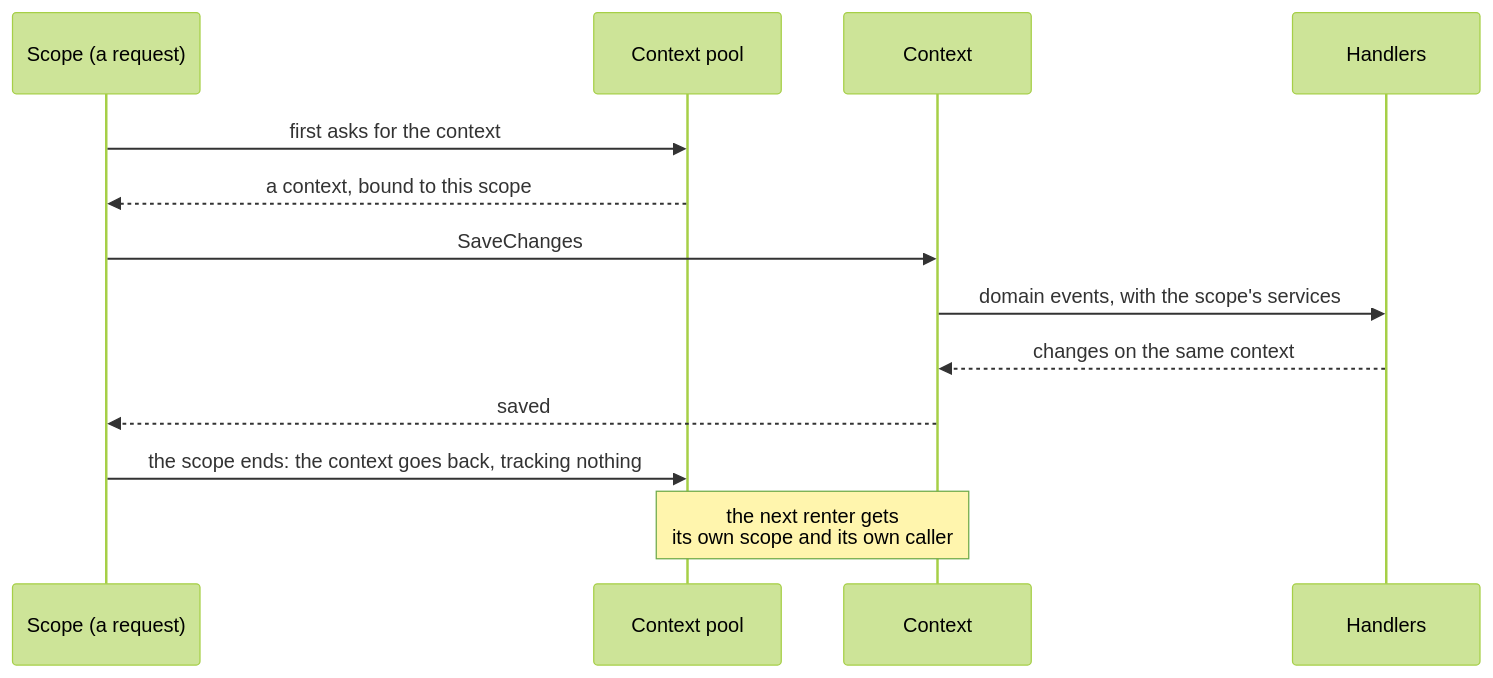
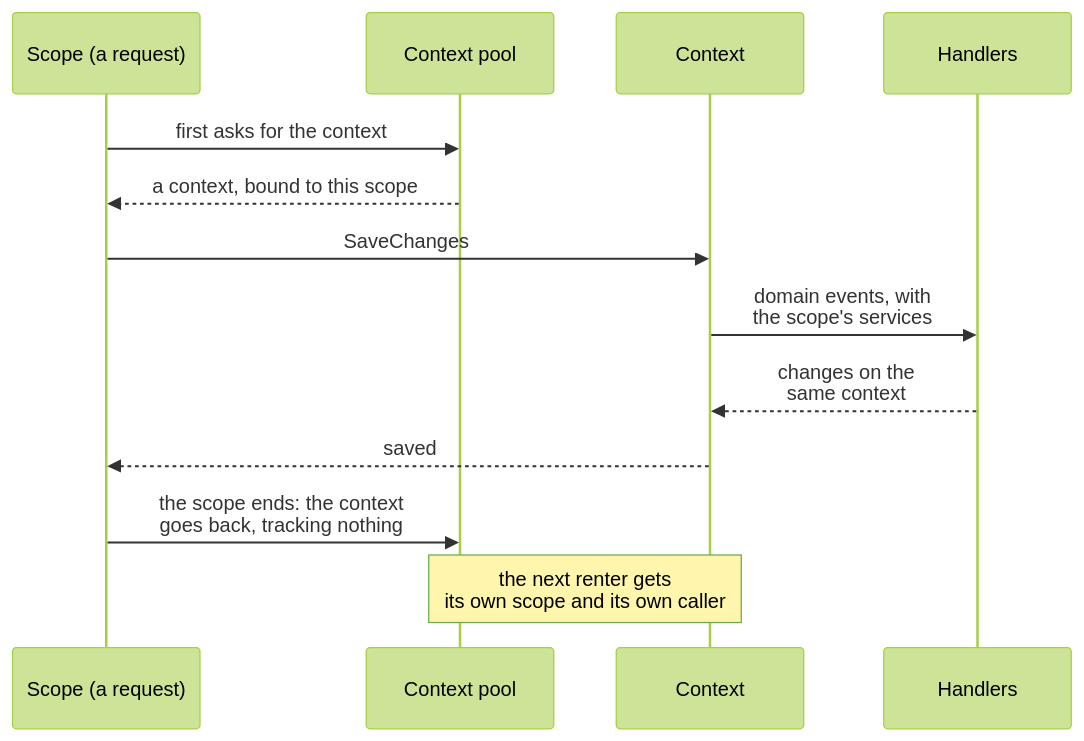
Before and after one commit to DylanSnel/DDDToolkit: the third of 3 diagrams in docs/entity-framework.md, drawn with Mermaid (forest theme). The commit also changed other lines of this file and 9 other files, not shown here.

````diff
--- a/docs/entity-framework.md
+++ b/docs/entity-framework.md
@@ -901,16 +901,16 @@
 ```mermaid
 sequenceDiagram
     participant Scope as Scope (a request)
     participant Pool as Context pool
     participant Context as Context
     participant Handlers as Handlers
 
     Scope->>Pool: first asks for the context
     Pool-->>Scope: a context, bound to this scope
     Scope->>Context: SaveChanges
-    Context->>Handlers: domain events, with the scope's services
-    Handlers-->>Context: changes on the same context
+    Context->>Handlers: domain events, with<br/>the scope's services
+    Handlers-->>Context: changes on the<br/>same context
     Context-->>Scope: saved
-    Scope->>Pool: the scope ends: the context goes back, tracking nothing
+    Scope->>Pool: the scope ends: the context<br/>goes back, tracking nothing
     Note over Pool,Context: the next renter gets<br/>its own scope and its own caller
 ```
````
